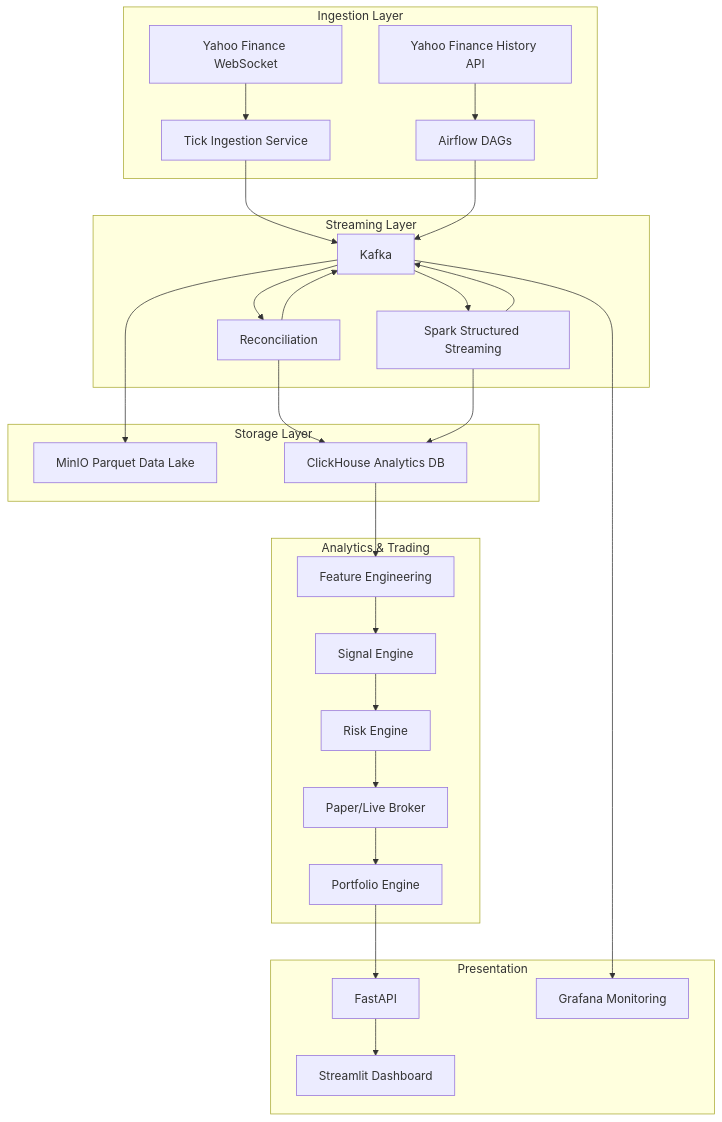
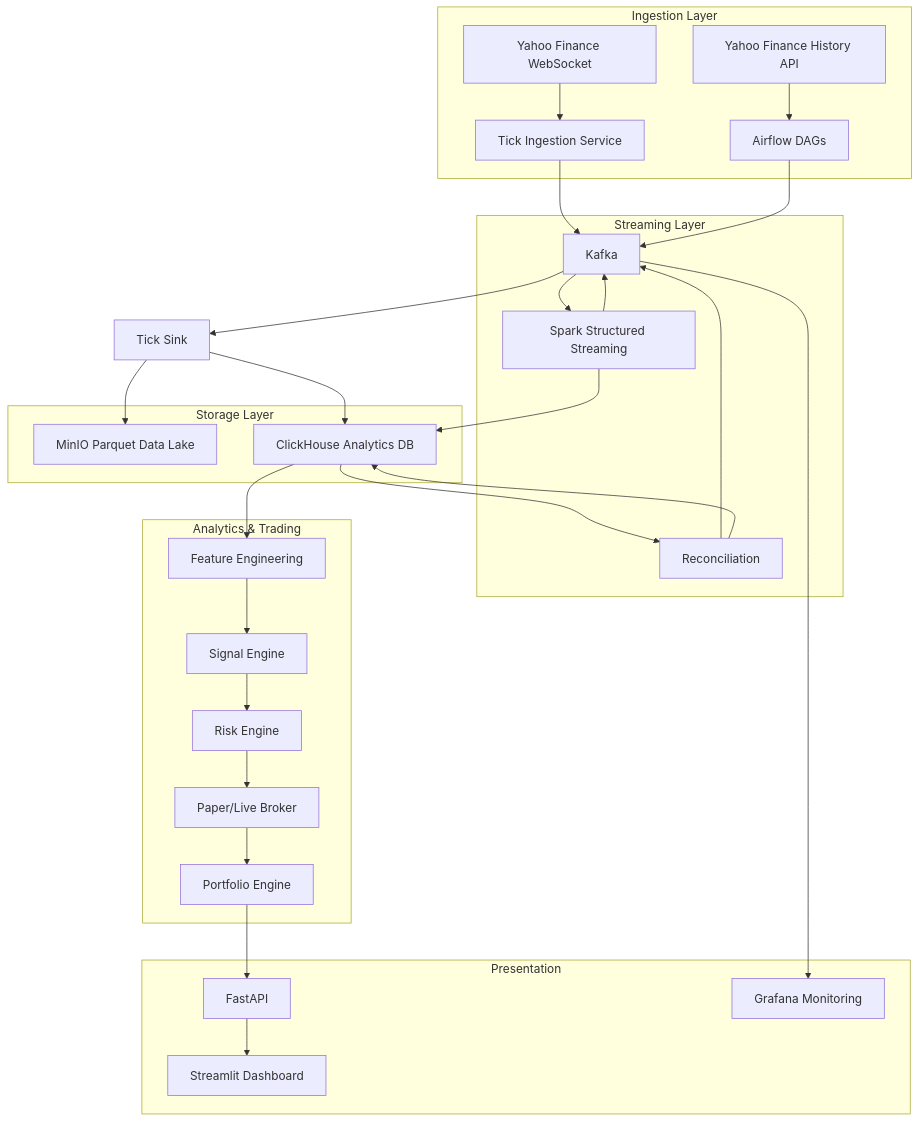
Before and after one commit to realvarez/finance_market_data_platform: the diagram in context/ARCHITECTURE.md, drawn with Mermaid. The commit also changed other lines of this file and 8 other files, not shown here.

````diff
--- a/context/ARCHITECTURE.md
+++ b/context/ARCHITECTURE.md
@@ -5,47 +5,49 @@
 ```mermaid
 flowchart TB
     subgraph ingestion [Ingestion Layer]
         YF_WS[Yahoo Finance WebSocket]
         YF_API[Yahoo Finance History API]
         TickSvc[Tick Ingestion Service]
         Airflow[Airflow DAGs]
     end
 
     subgraph streaming [Streaming Layer]
         Kafka[Kafka]
         Spark[Spark Structured Streaming]
         Recon[Reconciliation]
     end
 
     subgraph storage [Storage Layer]
         MinIO[MinIO Parquet Data Lake]
         CH[ClickHouse Analytics DB]
     end
 
     subgraph analytics [Analytics & Trading]
         Features[Feature Engineering]
         Strategy[Signal Engine]
         Risk[Risk Engine]
         Broker[Paper/Live Broker]
         Portfolio[Portfolio Engine]
     end
 
     subgraph presentation [Presentation]
         API[FastAPI]
         Dashboard[Streamlit Dashboard]
         Grafana[Grafana Monitoring]
     end
 
     YF_WS --> TickSvc --> Kafka
     YF_API --> Airflow --> Kafka
+    Kafka --> TickSink[Tick Sink]
+    TickSink --> MinIO
+    TickSink --> CH
     Kafka --> Spark
     Spark --> Kafka
-    Kafka --> Recon
+    Spark --> CH
+    CH --> Recon
     Recon --> Kafka
-    Kafka --> MinIO
     Recon --> CH
-    Spark --> CH
     CH --> Features --> Strategy --> Risk --> Broker --> Portfolio
     Portfolio --> API --> Dashboard
     Kafka --> Grafana
 ```
````
